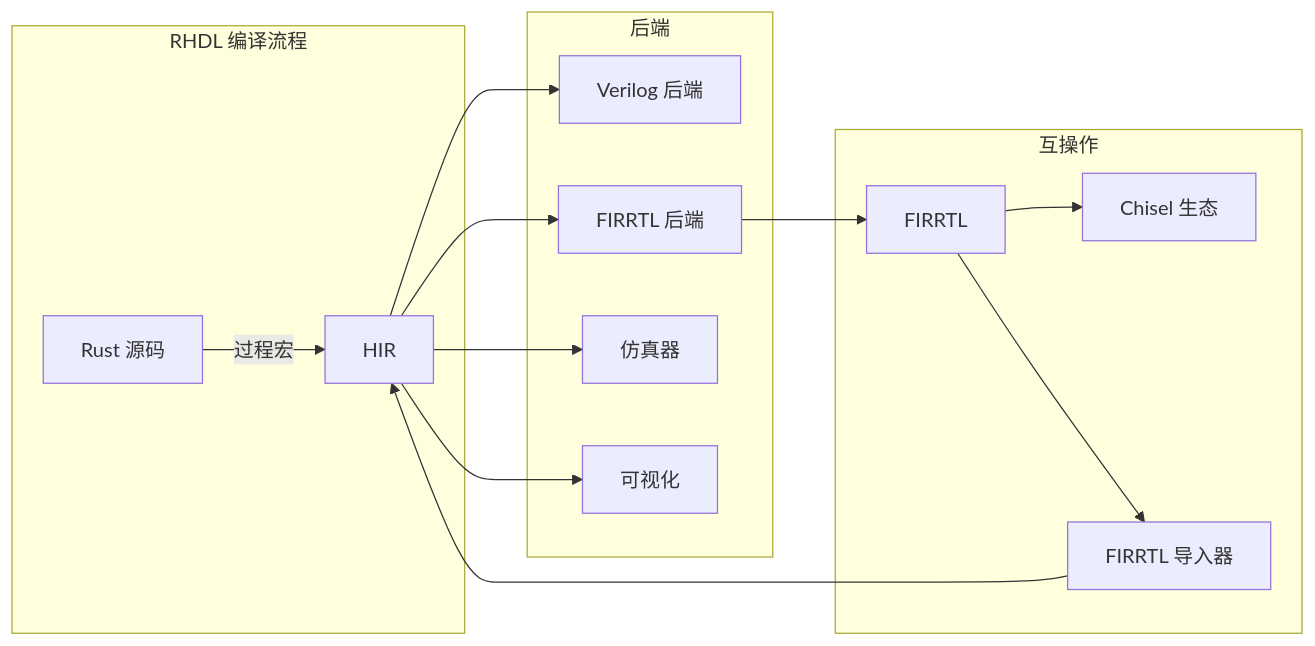
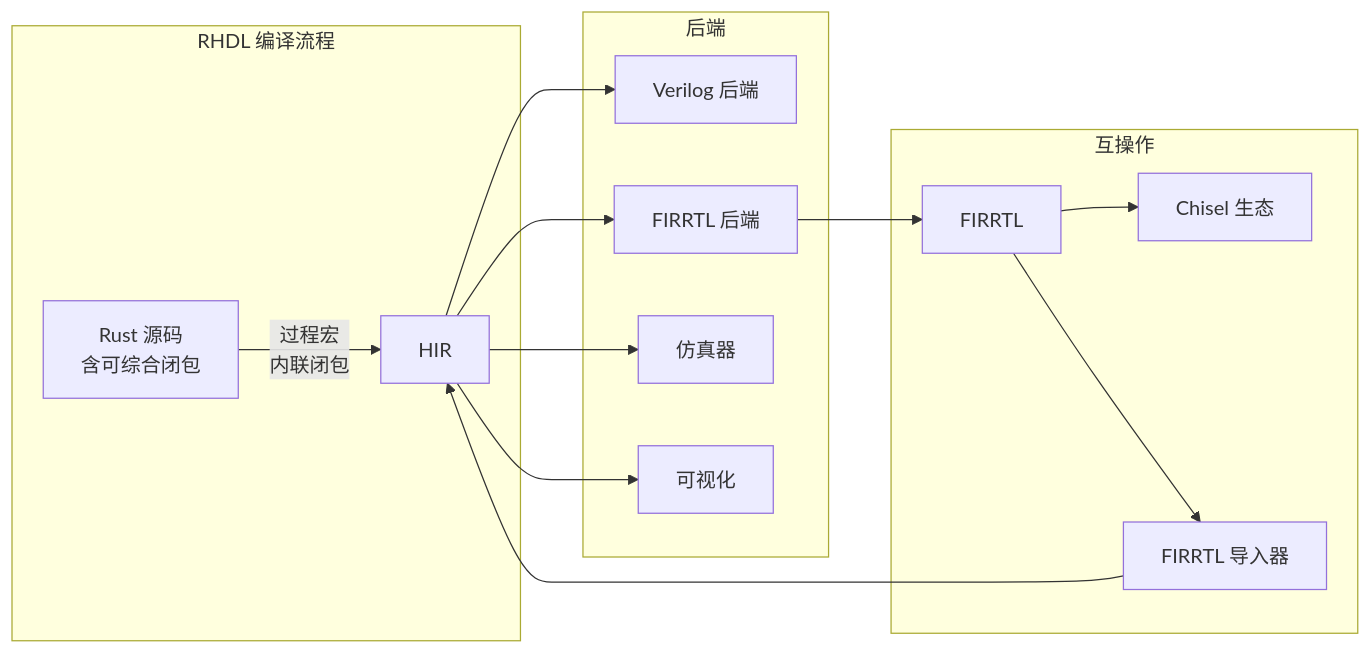
One commit to TangCan/bitloom changed the sixth of 13 diagrams in docs/requirements/3. 核心设计原则.md. Above: the diagram before and after it, drawn with Mermaid. The commit also changed other lines of this file and 17 other files, not shown here.

````diff
--- a/docs/requirements/3. 核心设计原则.md
+++ b/docs/requirements/3. 核心设计原则.md
@@ -176,19 +169,18 @@
 ```mermaid
 flowchart LR
     subgraph RHDL 编译流程
-        A[Rust 源码] -->|过程宏| B[HIR]
+        A[Rust 源码<br>含可综合闭包] -->|过程宏<br>内联闭包| B[HIR]
     end
     subgraph 后端
         B --> C[Verilog 后端]
         B --> D[FIRRTL 后端]
         B --> E[仿真器]
         B --> F[可视化]
     end
     subgraph 互操作
         D --> G[FIRRTL]
         G --> H[Chisel 生态]
         G --> I[FIRRTL 导入器]
         I --> B
     end
-
 ```
````
